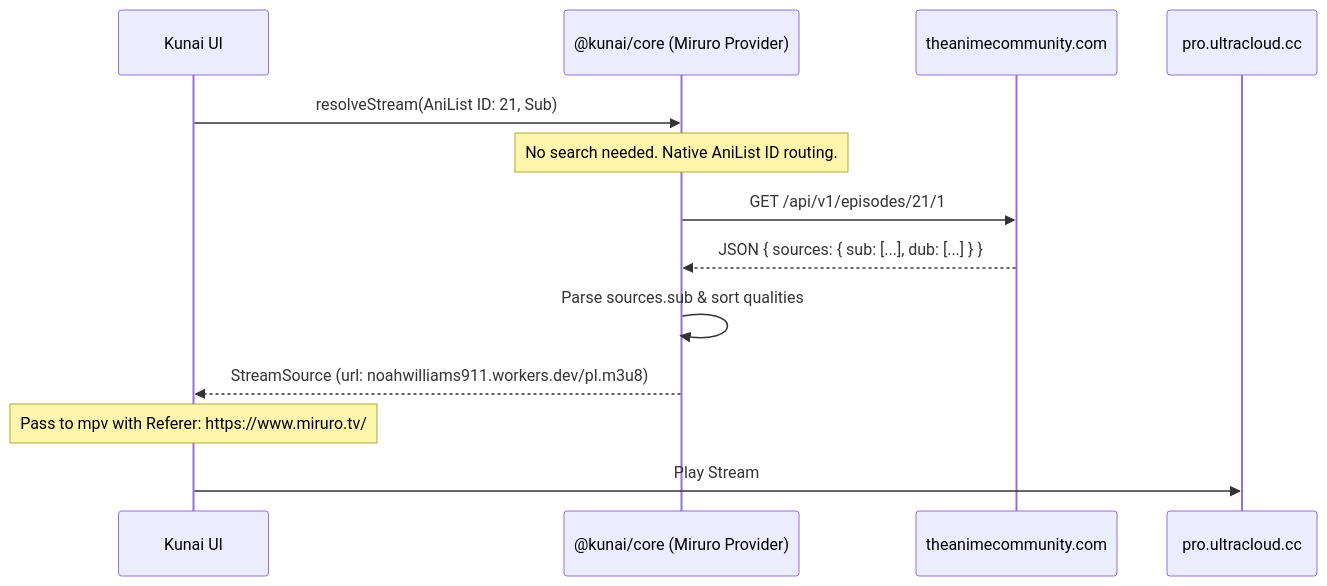
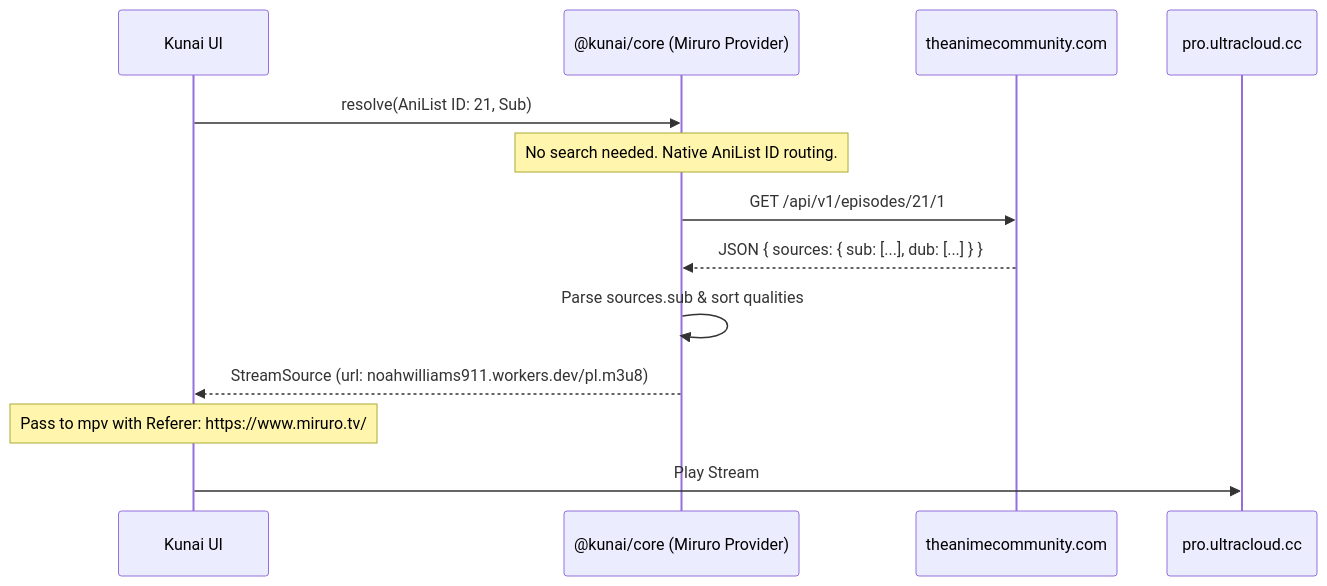
Before and after one commit to KitsuneKode/kunai: the first of 5 diagrams in .docs/provider-dossiers/PROVIDER_FLOW_DIAGRAMS.md, drawn with Mermaid. The commit also changed other lines of this file and 34 other files, not shown here.

````diff
--- a/.docs/provider-dossiers/PROVIDER_FLOW_DIAGRAMS.md
+++ b/.docs/provider-dossiers/PROVIDER_FLOW_DIAGRAMS.md
@@ -18,16 +18,16 @@
 ```mermaid
 sequenceDiagram
     participant UI as Kunai UI
     participant Core as @kunai/core (Miruro Provider)
     participant DB as theanimecommunity.com
     participant CDN as pro.ultracloud.cc
 
-    UI->>Core: resolveStream(AniList ID: 21, Sub)
+    UI->>Core: resolve(AniList ID: 21, Sub)
     Note over Core: No search needed. Native AniList ID routing.
     Core->>DB: GET /api/v1/episodes/21/1
     DB-->>Core: JSON { sources: { sub: [...], dub: [...] } }
     Core->>Core: Parse sources.sub & sort qualities
     Core-->>UI: StreamSource (url: noahwilliams911.workers.dev/pl.m3u8)
     Note over UI: Pass to mpv with Referer: https://www.miruro.tv/
     UI->>CDN: Play Stream
 ```
````
